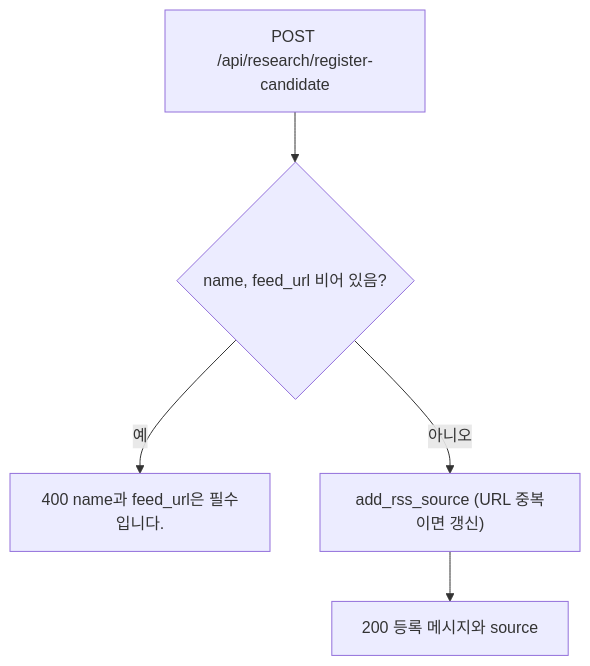
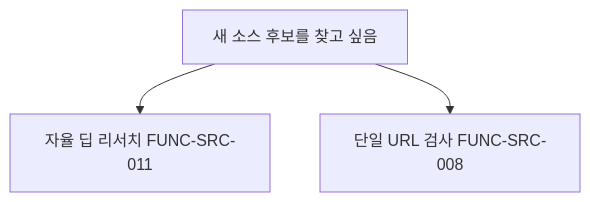
The ninth of 14 diagrams in docs/spec-writer/fsd/05_SOURCES_AND_RESEARCH_SPECIFICATION.md (ozplayground/agent-lens), drawn with Mermaid before and after one commit. The commit also changed other lines of this file and 216 other files, not shown here.

````diff
--- a/docs/spec-writer/fsd/05_SOURCES_AND_RESEARCH_SPECIFICATION.md
+++ b/docs/spec-writer/fsd/05_SOURCES_AND_RESEARCH_SPECIFICATION.md
@@ -723,7 +662,5 @@
 ```mermaid
 flowchart TD
-    A["POST /api/research/register-candidate"] --> B{"name, feed_url 비어 있음?"}
-    B -->|예| C["400 name과 feed_url은 필수입니다."]
-    B -->|아니오| D["add_rss_source (URL 중복이면 갱신)"]
-    D --> E["200 등록 메시지와 source"]
+    A["새 소스 후보를 찾고 싶음"] --> B["자율 딥 리서치 FUNC-SRC-011"]
+    A --> C["단일 URL 검사 FUNC-SRC-008"]
 ```
````
